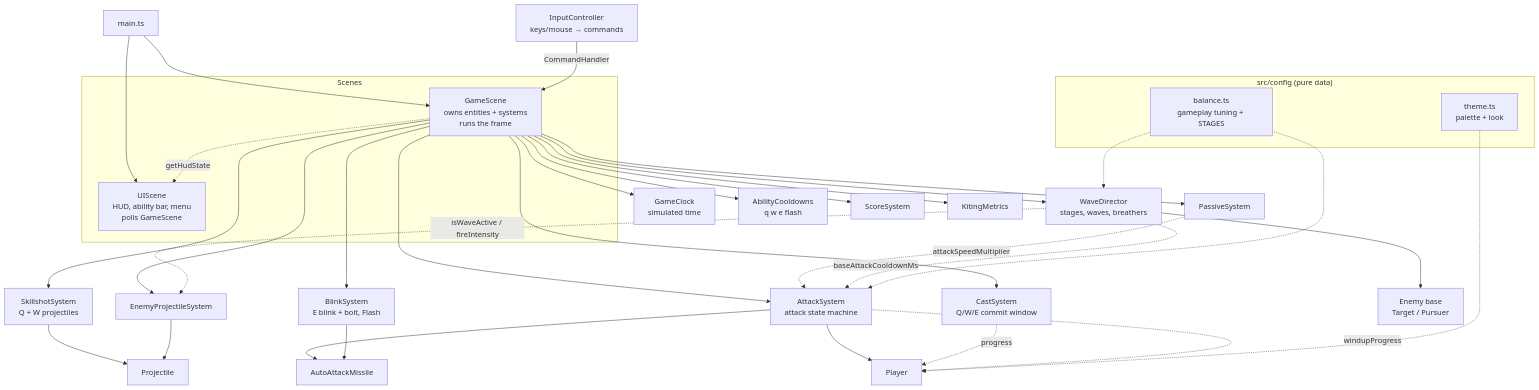
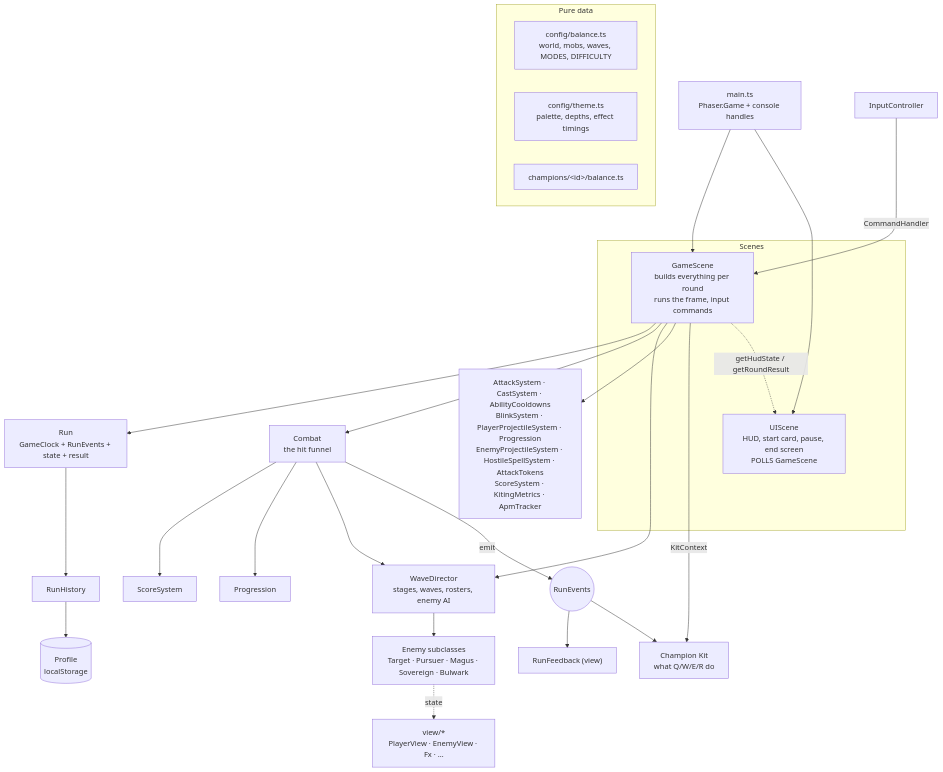
The diagram in docs/TECHNICAL_REPORT.md (jcj1337/league-warmup), drawn with Mermaid before and after one commit. The commit also changed other lines of this file and 3 other files, not shown here.

````diff
--- a/docs/TECHNICAL_REPORT.md
+++ b/docs/TECHNICAL_REPORT.md
@@ -47,47 +48,35 @@
 ```mermaid
 flowchart TD
-    subgraph Config["src/config (pure data)"]
-        BAL[balance.ts<br/>gameplay tuning + STAGES]
-        THM[theme.ts<br/>palette + look]
+    subgraph Config["Pure data"]
+        BAL["config/balance.ts<br/>world, mobs, waves, MODES, DIFFICULTY"]
+        THM["config/theme.ts<br/>palette, depths, effect timings"]
+        CB["champions/&lt;id&gt;/balance.ts"]
     end
 
-    MAIN[main.ts] --> GS
+    MAIN[main.ts<br/>Phaser.Game + console handles] --> GS
     MAIN --> UIS
 
-    IC[InputController<br/>keys/mouse → commands] -->|CommandHandler| GS
-
     subgraph Scenes
-        GS[GameScene<br/>owns entities + systems<br/>runs the frame]
-        UIS[UIScene<br/>HUD, ability bar, menu<br/>polls GameScene]
+        GS["GameScene<br/>builds everything per round<br/>runs the frame, input commands"]
+        UIS["UIScene<br/>HUD, start card, pause, end screen<br/>POLLS GameScene"]
     end
 
-    GS --> CLK[GameClock<br/>simulated time]
-    GS --> CAST[CastSystem<br/>Q/W/E commit window]
-    GS --> CD[AbilityCooldowns<br/>q w e flash]
-    GS --> AS[AttackSystem<br/>attack state machine]
-    GS --> SS[SkillshotSystem<br/>Q + W projectiles]
-    GS --> BS[BlinkSystem<br/>E blink + bolt, Flash]
-    GS --> PS[PassiveSystem]
-    GS --> WD[WaveDirector<br/>stages, waves, breathers]
-    GS --> EPS[EnemyProjectileSystem]
-    GS --> SC[ScoreSystem]
-    GS --> KM[KitingMetrics]
+    IC[InputController] -->|CommandHandler| GS
+    GS --> RUN["Run<br/>GameClock + RunEvents + state + result"]
+    GS --> CMB["Combat<br/>the hit funnel"]
+    GS --> WD["WaveDirector<br/>stages, waves, rosters, enemy AI"]
+    GS --> SYS["AttackSystem · CastSystem · AbilityCooldowns<br/>BlinkSystem · PlayerProjectileSystem · Progression<br/>EnemyProjectileSystem · HostileSpellSystem · AttackTokens<br/>ScoreSystem · KitingMetrics · ApmTracker"]
+    GS -->|KitContext| KIT["Champion Kit<br/>what Q/W/E/R do"]
 
-    WD --> EN[Enemy base<br/>Target / Pursuer]
-    AS --> PL[Player]
-    AS --> AAM[AutoAttackMissile]
-    BS --> AAM
-    SS --> PRJ[Projectile]
-    EPS --> PRJ
+    WD --> EN["Enemy subclasses<br/>Target · Pursuer · Magus · Sovereign · Bulwark"]
+    CMB --> SC[ScoreSystem]
+    CMB --> PRG[Progression]
+    CMB --> WD
+    CMB -->|emit| EV((RunEvents))
+    EV --> RF["RunFeedback (view)"]
+    EV --> KIT
 
-    CAST -.->|progress| PL
-    AS -.->|windupProgress| PL
-    PS -.->|attackSpeedMultiplier| AS
-    WD -.->|baseAttackCooldownMs| AS
-    WD -.->|isWaveActive / fireIntensity| EPS
-    GS -.->|getHudState| UIS
-
-    BAL -.-> AS
-    BAL -.-> WD
-    THM -.-> PL
+    EN -.->|state| VIEWS["view/*<br/>PlayerView · EnemyView · Fx · …"]
+    GS -.->|getHudState / getRoundResult| UIS
+    RUN --> RH[RunHistory] --> PRO[(Profile<br/>localStorage)]
 ```
````
